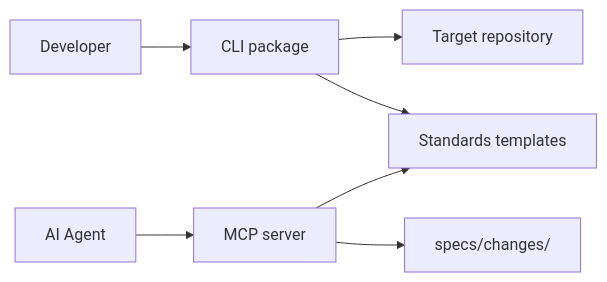
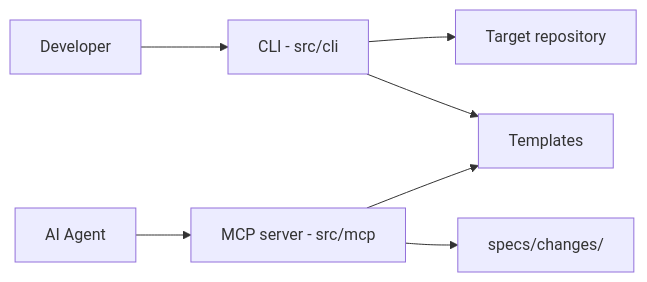
Before and after one commit to lindoelio/spec-driven-steroids: the diagram in ARCHITECTURE.md, drawn with Mermaid. The commit also changed other lines of this file and 43 other files, not shown here.

Commit message:
chore: consolidate cli, mcp, and standards into single package v0.3.0

````diff
--- a/ARCHITECTURE.md
+++ b/ARCHITECTURE.md
@@ -16,9 +17,9 @@
 ```mermaid
 flowchart LR
-  User[Developer] --> CLI[CLI package]
-  CLI --> Standards[Standards templates]
+  User[Developer] --> CLI[CLI - src/cli]
+  CLI --> Templates[Templates]
   CLI --> Target[Target repository]
-  Agent[AI Agent] --> MCP[MCP server]
+  Agent[AI Agent] --> MCP[MCP server - src/mcp]
   MCP --> Specs[specs/changes/<slug>]
-  MCP --> Standards
+  MCP --> Templates
 ```
````
